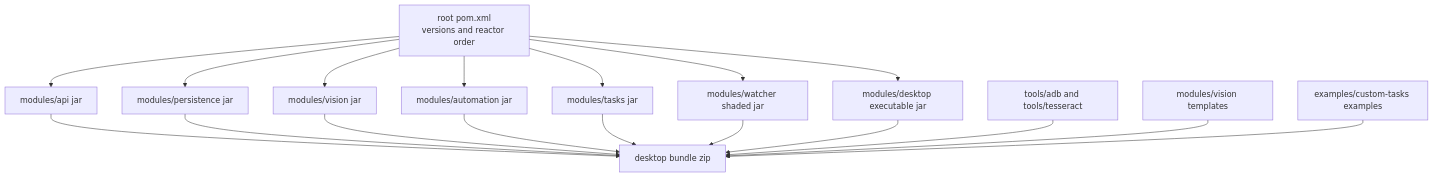
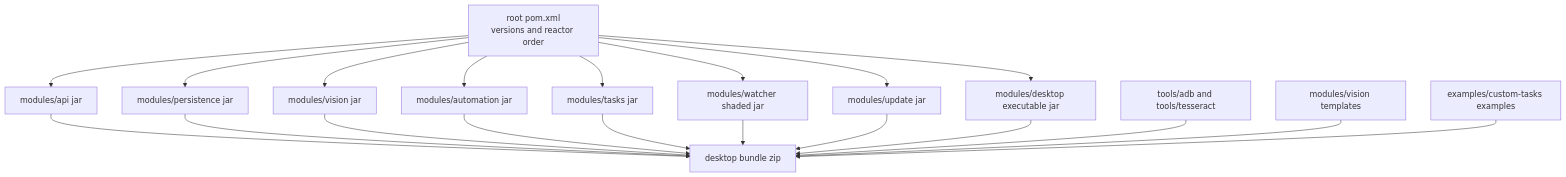
Before and after one commit to Privatexiao/wosbot: the fourth of 4 diagrams in docs/architecture.md, drawn with Mermaid. The commit also changed other lines of this file and 59 other files, not shown here.

````diff
--- a/docs/architecture.md
+++ b/docs/architecture.md
@@ -212,22 +226,24 @@
 ```mermaid
 flowchart TD
     RootPom[root pom.xml<br/>versions and reactor order] --> ApiJar[modules/api jar]
     RootPom --> DataJar[modules/persistence jar]
     RootPom --> VisionJar[modules/vision jar]
     RootPom --> EngineJar[modules/automation jar]
     RootPom --> TasksJar[modules/tasks jar]
     RootPom --> WatcherJar[modules/watcher shaded jar]
+    RootPom --> UpdateJar[modules/update jar]
     RootPom --> AppJar[modules/desktop executable jar]
 
     ApiJar --> AppBundle[desktop bundle zip]
     DataJar --> AppBundle
     VisionJar --> AppBundle
     EngineJar --> AppBundle
     TasksJar --> AppBundle
     WatcherJar --> AppBundle
+    UpdateJar --> AppBundle
     AppJar --> AppBundle
 
     Tools[tools/adb and tools/tesseract] --> AppBundle
     Templates[modules/vision templates] --> AppBundle
     CustomTasks[examples/custom-tasks examples] --> AppBundle
 ```
````
